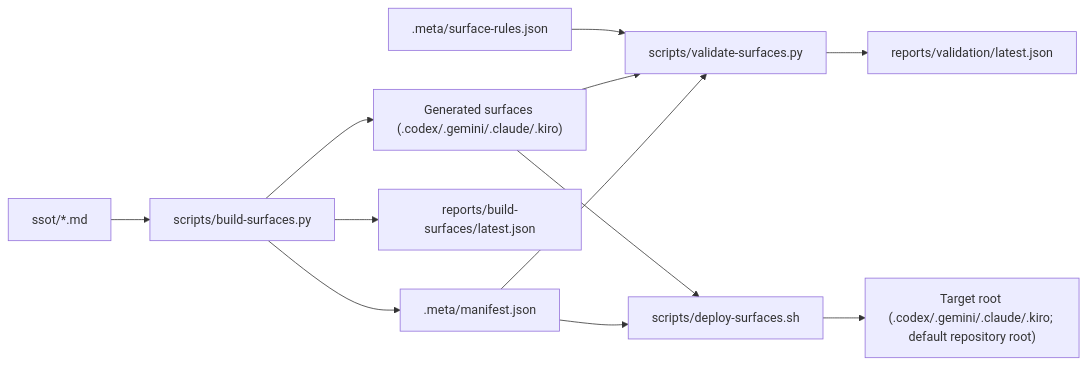
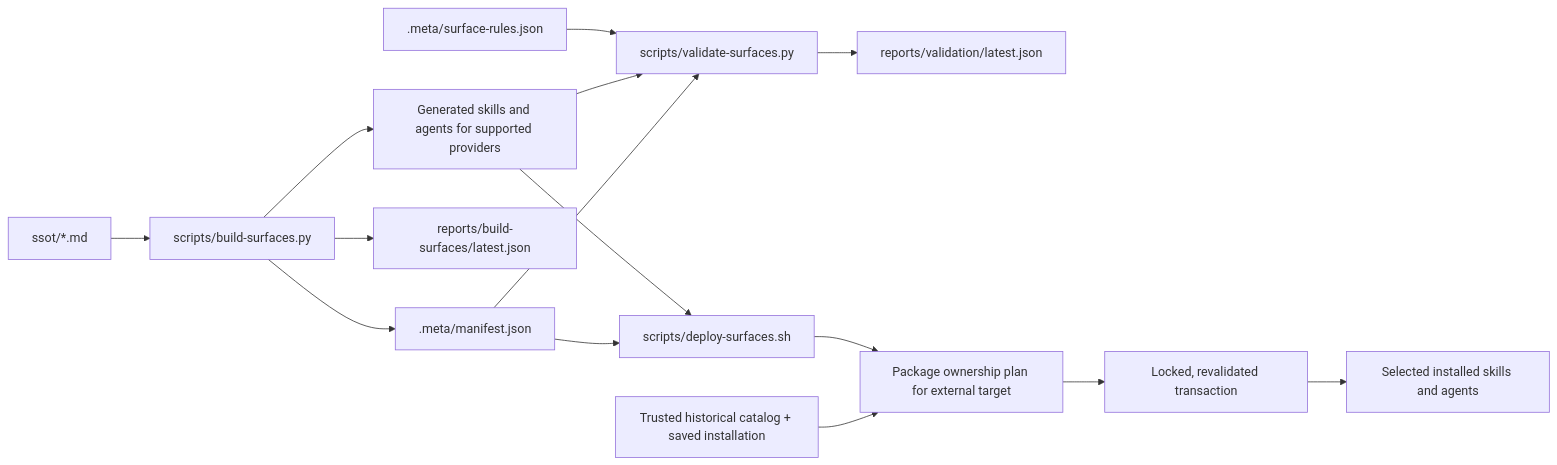
Before and after one commit to medhatgalal/Core-Prompts: the diagram in docs/ARCHITECTURE.md, drawn with Mermaid. The commit also changed other lines of this file and 49 other files, not shown here.

First line of the commit message:
fix(install): reconcile historical skills and agents transactionally

````diff
--- a/docs/ARCHITECTURE.md
+++ b/docs/ARCHITECTURE.md
@@ -19,14 +20,17 @@
 ```mermaid
 flowchart LR
   A["ssot/*.md"] --> B["scripts/build-surfaces.py"]
-  B --> C["Generated surfaces (.codex/.gemini/.claude/.kiro)"]
+  B --> C["Generated skills and agents for supported providers"]
   B --> D[".meta/manifest.json"]
   B --> J["reports/build-surfaces/latest.json"]
   E[".meta/surface-rules.json"] --> F["scripts/validate-surfaces.py"]
   C --> F
   D --> F
   F --> G["reports/validation/latest.json"]
   C --> H["scripts/deploy-surfaces.sh"]
   D --> H
-  H --> I["Target root (.codex/.gemini/.claude/.kiro; default repository root)"]
+  H --> P["Package ownership plan for external target"]
+  K["Trusted historical catalog + saved installation"] --> P
+  P --> T["Locked, revalidated transaction"]
+  T --> I["Selected installed skills and agents"]
 ```
````
